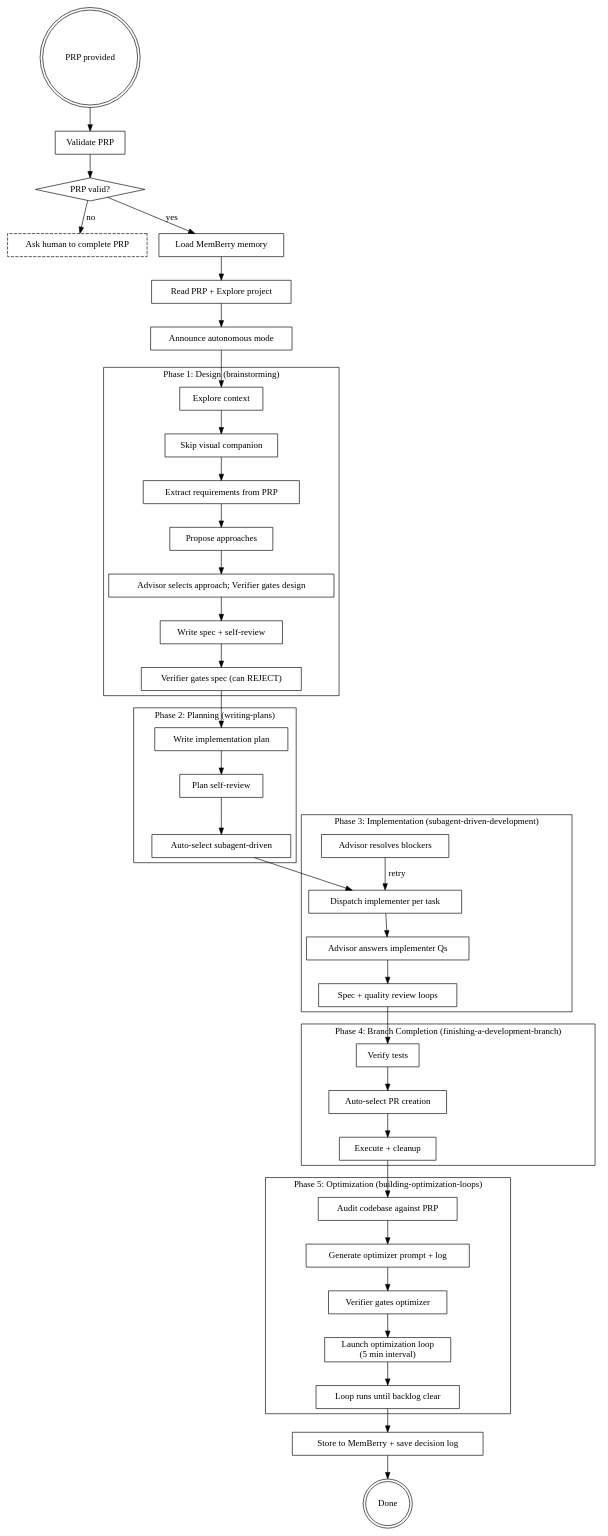
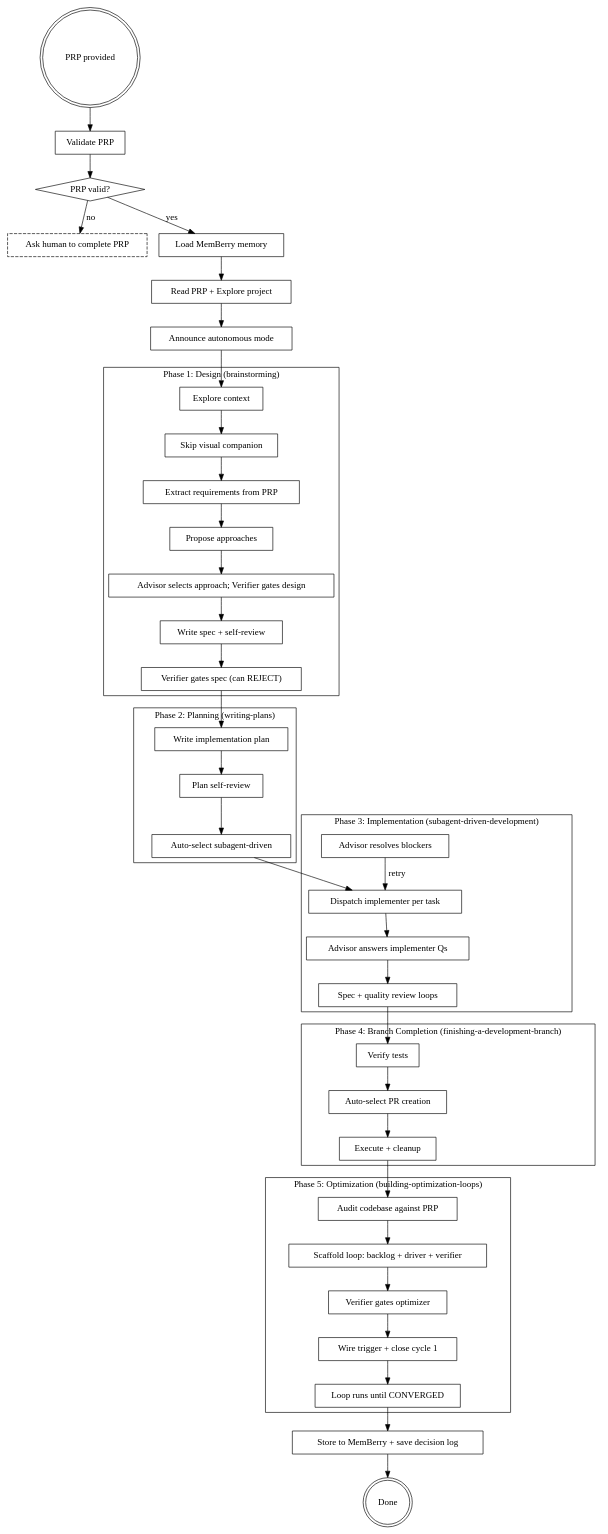
One commit to AP3X-Dev/skill-jar changed the diagram in autonomous-advisor/SKILL.md. Above: the diagram before and after it, drawn with Graphviz. The commit also changed other lines of this file and 4 other files, not shown here.

````diff
--- a/autonomous-advisor/SKILL.md
+++ b/autonomous-advisor/SKILL.md
@@ -338,10 +338,10 @@
     subgraph cluster_optimize {
         label="Phase 5: Optimization (building-optimization-loops)";
         "Audit codebase against PRP" [shape=box];
-        "Generate optimizer prompt + log" [shape=box];
+        "Scaffold loop: backlog + driver + verifier" [shape=box];
         "Verifier gates optimizer" [shape=box];
-        "Launch optimization loop\n(5 min interval)" [shape=box];
-        "Loop runs until backlog clear" [shape=box];
+        "Wire trigger + close cycle 1" [shape=box];
+        "Loop runs until CONVERGED" [shape=box];
     }
 
     "Store to MemBerry + save decision log" [shape=box];
@@ -371,11 +371,11 @@
     "Verify tests" -> "Auto-select PR creation";
     "Auto-select PR creation" -> "Execute + cleanup";
     "Execute + cleanup" -> "Audit codebase against PRP";
-    "Audit codebase against PRP" -> "Generate optimizer prompt + log";
-    "Generate optimizer prompt + log" -> "Verifier gates optimizer";
-    "Verifier gates optimizer" -> "Launch optimization loop\n(5 min interval)";
-    "Launch optimization loop\n(5 min interval)" -> "Loop runs until backlog clear";
-    "Loop runs until backlog clear" -> "Store to MemBerry + save decision log";
+    "Audit codebase against PRP" -> "Scaffold loop: backlog + driver + verifier";
+    "Scaffold loop: backlog + driver + verifier" -> "Verifier gates optimizer";
+    "Verifier gates optimizer" -> "Wire trigger + close cycle 1";
+    "Wire trigger + close cycle 1" -> "Loop runs until CONVERGED";
+    "Loop runs until CONVERGED" -> "Store to MemBerry + save decision log";
     "Store to MemBerry + save decision log" -> "Done";
 }
 ```
````
